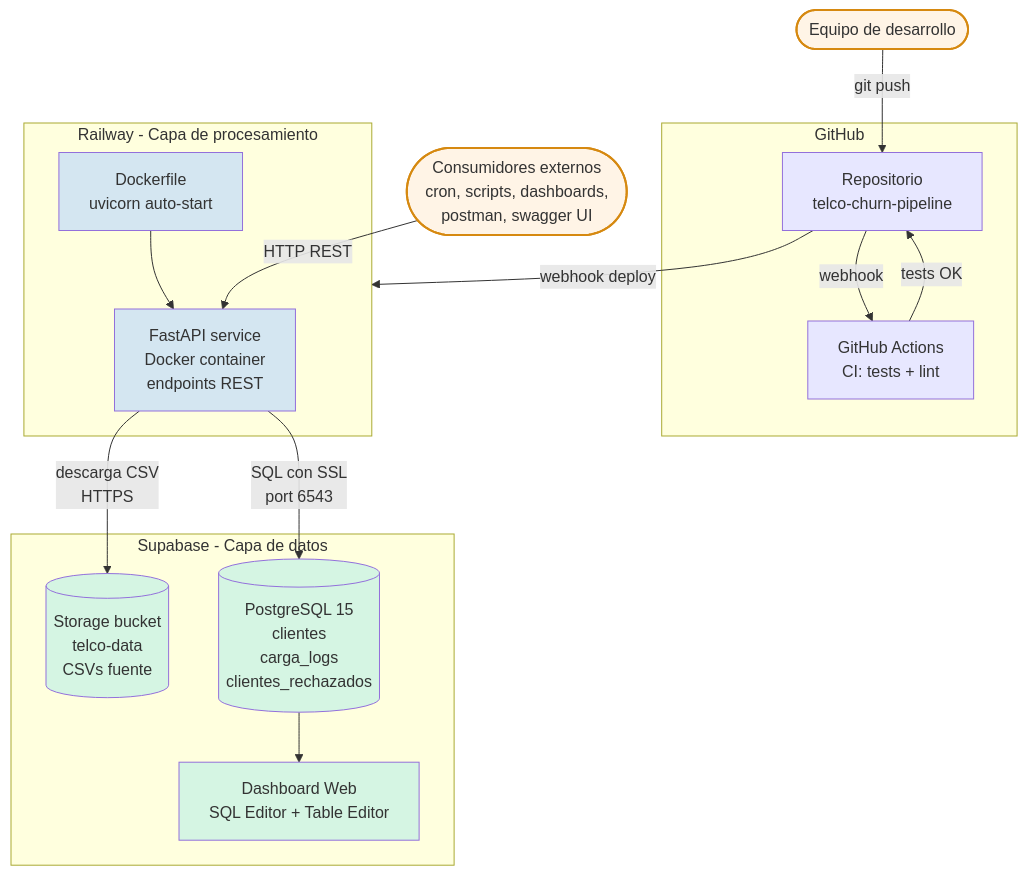
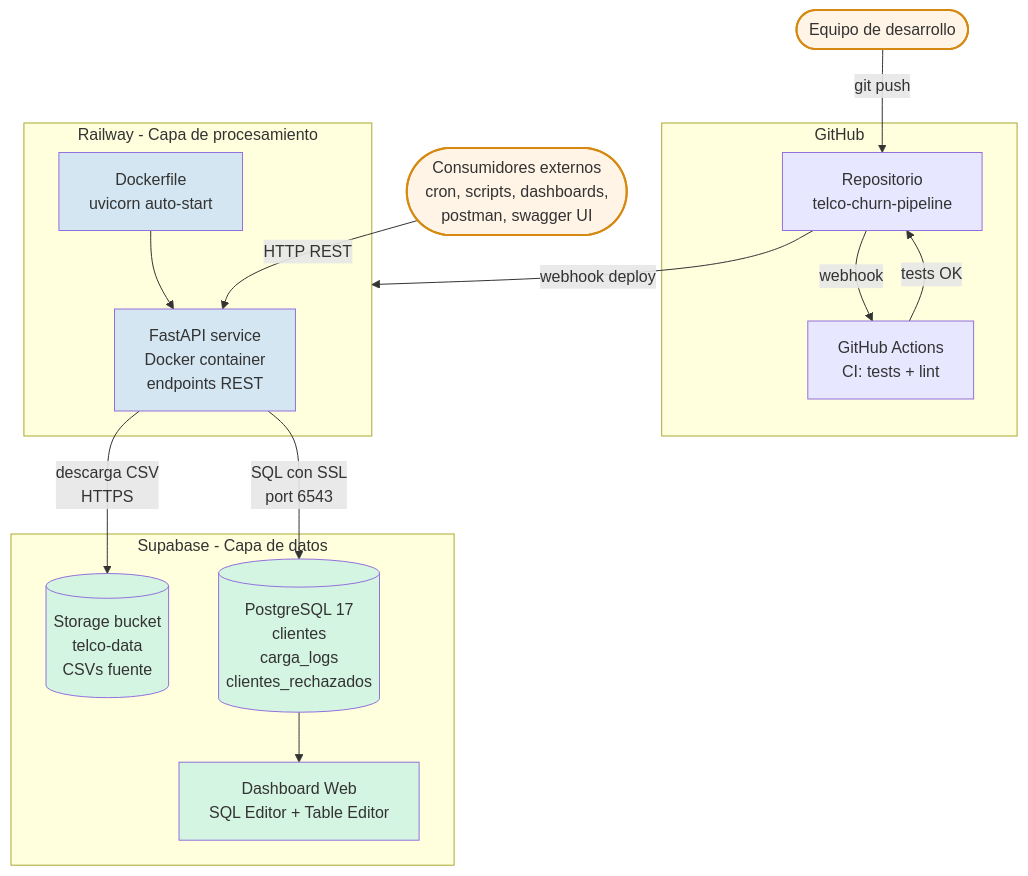
The first of 6 diagrams in docs/diagramas.md (BenjaminHeresmann/telco-churn-pipeline), drawn with Mermaid before and after one commit. The commit also changed 5 other files, not shown here.

Commit message:
Auditoria docs: corregir 7032->7043, PostgreSQL 17, CI/CD real, links produccion, integridad referencial matizada + reporte AUDITORIA.md

````diff
--- a/docs/diagramas.md
+++ b/docs/diagramas.md
@@ -9,41 +9,41 @@
 ```mermaid
 flowchart TB
     DEV([Equipo de desarrollo]):::actor
 
     subgraph GIT["GitHub"]
         REPO[Repositorio<br/>telco-churn-pipeline]
         ACT[GitHub Actions<br/>CI: tests + lint]
     end
 
     subgraph RAIL["Railway - Capa de procesamiento"]
         API[FastAPI service<br/>Docker container<br/>endpoints REST]
         DOCKER[Dockerfile<br/>uvicorn auto-start]
     end
 
     subgraph SUPA["Supabase - Capa de datos"]
         STO[(Storage bucket<br/>telco-data<br/>CSVs fuente)]
-        DB[(PostgreSQL 15<br/>clientes<br/>carga_logs<br/>clientes_rechazados)]
+        DB[(PostgreSQL 17<br/>clientes<br/>carga_logs<br/>clientes_rechazados)]
         UI[Dashboard Web<br/>SQL Editor + Table Editor]
     end
 
     CONSUMERS([Consumidores externos<br/>cron, scripts, dashboards,<br/>postman, swagger UI]):::actor
 
     DEV -->|git push| REPO
     REPO -->|webhook| ACT
     ACT -->|tests OK| REPO
     REPO -->|webhook deploy| RAIL
     DOCKER --> API
     API -->|descarga CSV<br/>HTTPS| STO
     API -->|SQL con SSL<br/>port 6543| DB
     DB --> UI
     CONSUMERS -->|HTTP REST| API
 
     classDef actor fill:#fff4e6,stroke:#d68910,stroke-width:2px
     style REPO fill:#e7e7ff
     style ACT fill:#e7e7ff
     style API fill:#d4e6f1
     style DOCKER fill:#d4e6f1
     style STO fill:#d5f5e3
     style DB fill:#d5f5e3
     style UI fill:#d5f5e3
 ```
````
